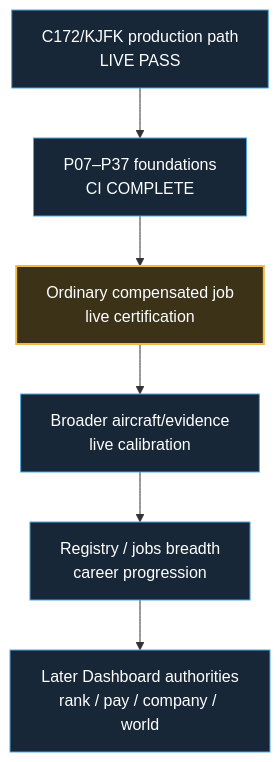
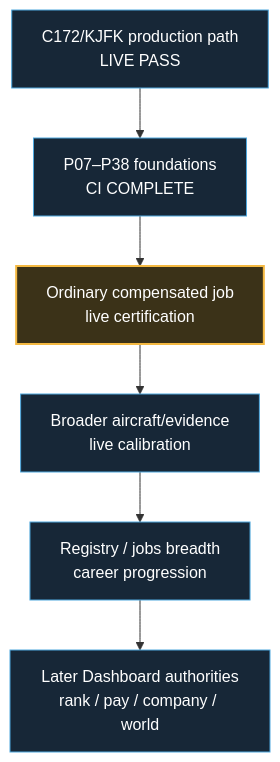
The second of 2 diagrams in docs/development-master-checklist.md (dhavalpddn-eng/OpenCareer), drawn with Mermaid before and after one commit. The commit also changed other lines of this file and 2 other files, not shown here.

````diff
--- a/docs/development-master-checklist.md
+++ b/docs/development-master-checklist.md
@@ -54,13 +54,13 @@
 ```mermaid
 flowchart TD
-    A["C172/KJFK production path<br/>LIVE PASS"] --> B["P07–P37 foundations<br/>CI COMPLETE"]
+    A["C172/KJFK production path<br/>LIVE PASS"] --> B["P07–P38 foundations<br/>CI COMPLETE"]
     B --> C["Ordinary compensated job<br/>live certification"]
     C --> D["Broader aircraft/evidence<br/>live calibration"]
     D --> E["Registry / jobs breadth<br/>career progression"]
     E --> F["Later Dashboard authorities<br/>rank / pay / company / world"]
 
     classDef next fill:#3b3218,stroke:#F4B942,color:#fff,stroke-width:2px;
     classDef future fill:#172737,stroke:#4EA8DE,color:#fff,stroke-width:1px;
     class C next;
     class A,B,D,E,F future;
 ```
````
